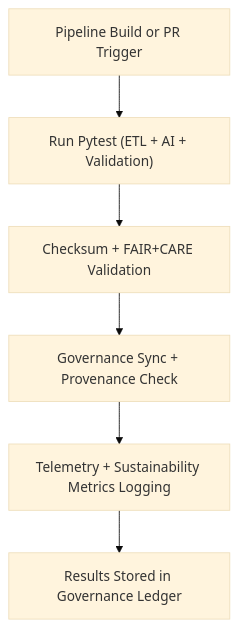
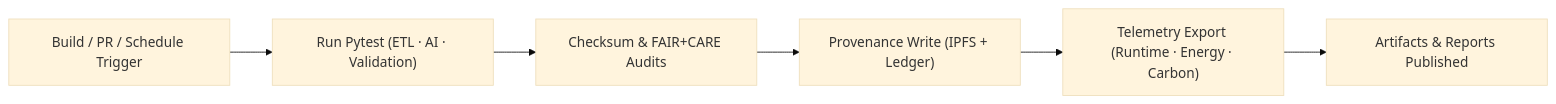
One commit to bartytime4life/Kansas-Frontier-Matrix changed the diagram in src/tests/README.md. Above: the diagram before and after it, drawn with Mermaid (base theme). The commit also changed other lines of this file, not shown here.

````diff
--- a/src/tests/README.md
+++ b/src/tests/README.md
@@ -76,8 +76,8 @@
 ```mermaid
-flowchart TD
-A["Pipeline Build or PR Trigger"] --> B["Run Pytest (ETL + AI + Validation)"]
-B --> C["Checksum + FAIR+CARE Validation"]
-C --> D["Governance Sync + Provenance Check"]
-D --> E["Telemetry + Sustainability Metrics Logging"]
-E --> F["Results Stored in Governance Ledger"]
+flowchart LR
+    A["Build / PR / Schedule Trigger"] --> B["Run Pytest (ETL · AI · Validation)"]
+    B --> C["Checksum & FAIR+CARE Audits"]
+    C --> D["Provenance Write (IPFS + Ledger)"]
+    D --> E["Telemetry Export (Runtime · Energy · Carbon)"]
+    E --> F["Artifacts & Reports Published"]
 ```
````
